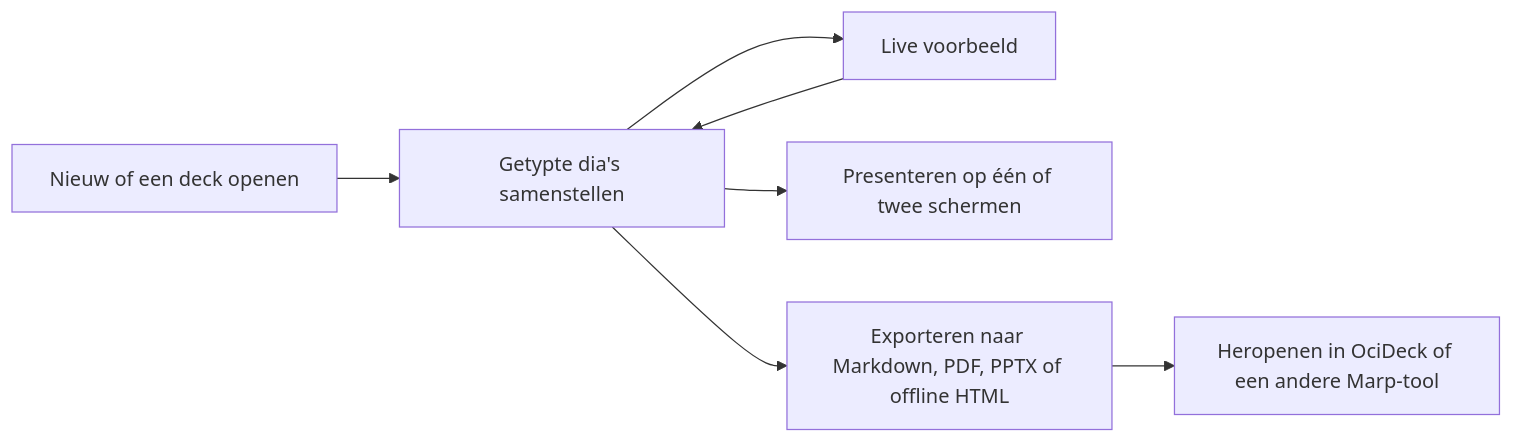
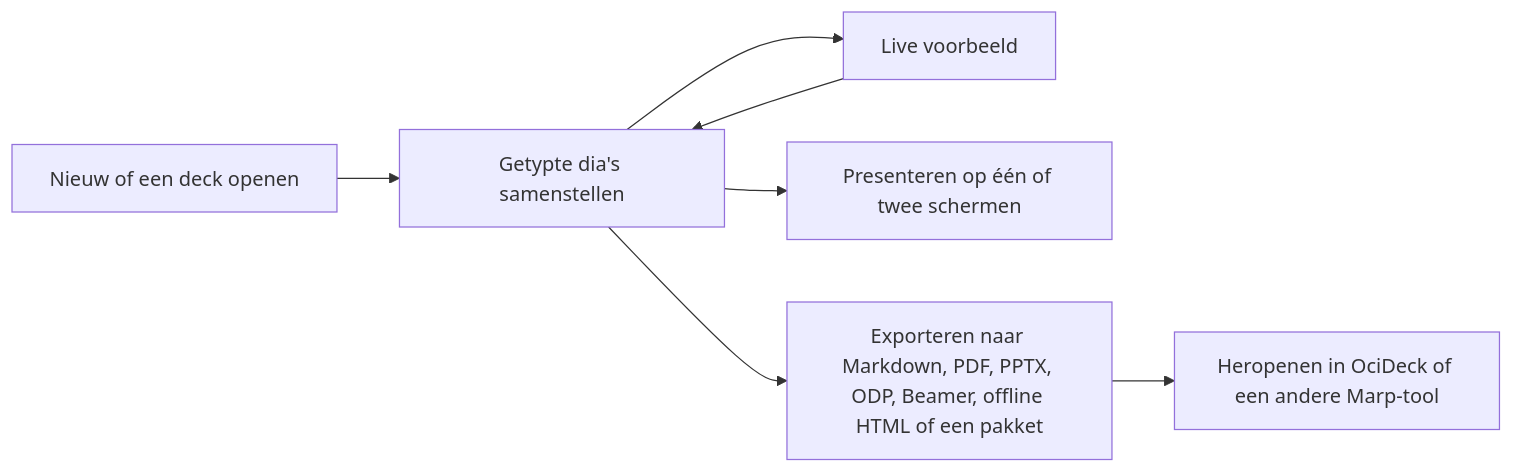
One commit to brennodewinter/Ocideck changed the diagram in docs/USER_GUIDE.nl.md. Above: the diagram before and after it, drawn with Mermaid. The commit also changed other lines of this file and 16 other files, not shown here.

````diff
--- a/docs/USER_GUIDE.nl.md
+++ b/docs/USER_GUIDE.nl.md
@@ -64,9 +65,9 @@
 ```mermaid
 flowchart LR
     New[Nieuw of een deck openen] --> Edit[Getypte dia's samenstellen]
     Edit --> Preview[Live voorbeeld]
     Preview --> Edit
     Edit --> Present[Presenteren op één of twee schermen]
-    Edit --> Export[Exporteren naar Markdown, PDF, PPTX of offline HTML]
+    Edit --> Export[Exporteren naar Markdown, PDF, PPTX, ODP, Beamer, offline HTML of een pakket]
     Export --> Reuse[Heropenen in OciDeck of een andere Marp-tool]
 ```
````
